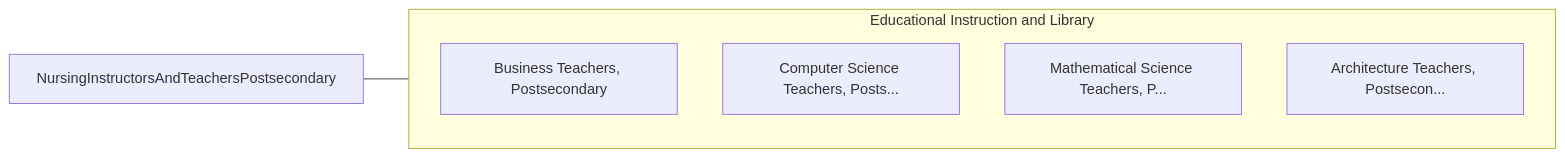
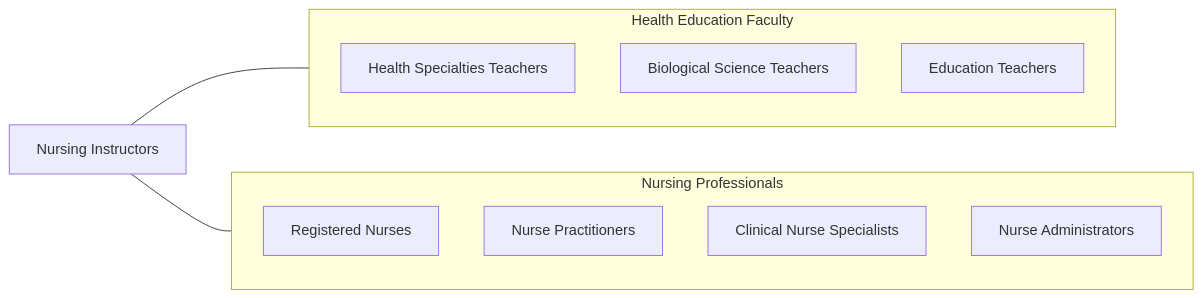
The fourth of 4 diagrams in occupations/Education/NursingInstructorsAndTeachersPostsecondary.mdx (kziemski/business.org.ai), drawn with Mermaid before and after one commit. The commit also changed other lines of this file and 938 other files, not shown here.

````diff
--- a/occupations/Education/NursingInstructorsAndTeachersPostsecondary.mdx
+++ b/occupations/Education/NursingInstructorsAndTeachersPostsecondary.mdx
@@ -101,13 +170,20 @@
 ```mermaid
 graph LR
-    Current["NursingInstructorsAndTeachersPostsecondary"]
+    Current["Nursing Instructors"]
 
-    subgraph SameCategory["Educational Instruction and Library"]
-        BusinessTeachersPost["Business Teachers, Postsecondary"]
-        ComputerScienceTeach["Computer Science Teachers, Posts..."]
-        MathematicalScienceT["Mathematical Science Teachers, P..."]
-        ArchitectureTeachers["Architecture Teachers, Postsecon..."]
+    subgraph SameCategory["Health Education Faculty"]
+        Health["Health Specialties Teachers"]
+        Biology["Biological Science Teachers"]
+        Education["Education Teachers"]
+    end
+
+    subgraph CrossFunctional["Nursing Professionals"]
+        RN["Registered Nurses"]
+        NP["Nurse Practitioners"]
+        CNS["Clinical Nurse Specialists"]
+        NurseAdmin["Nurse Administrators"]
     end
 
     Current --- SameCategory
+    Current --- CrossFunctional
 ```
````
